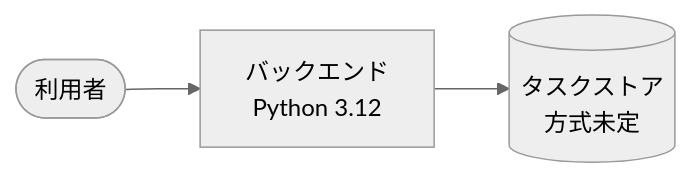
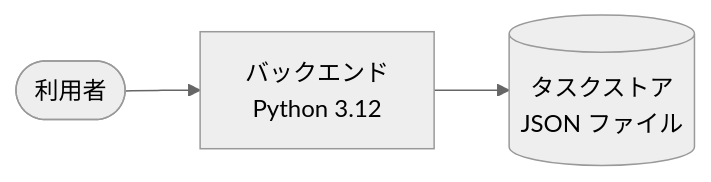
One commit to shuhei1101/ai-monitor-e2e changed the diagram in README.md. Above: the diagram before and after it, drawn with Mermaid (neutral theme). The commit also changed 2 other files, not shown here.

Commit message:
docs: 確定した保存方式・依存範囲・同時利用の想定を反映する

````diff
--- a/README.md
+++ b/README.md
@@ -16,5 +16,5 @@
 ```mermaid
 flowchart LR
   U([利用者]) --> BE[バックエンド<br>Python 3.12]
-  BE --> STORE[(タスクストア<br>方式未定)]
+  BE --> STORE[(タスクストア<br>JSON ファイル)]
 ```
````
